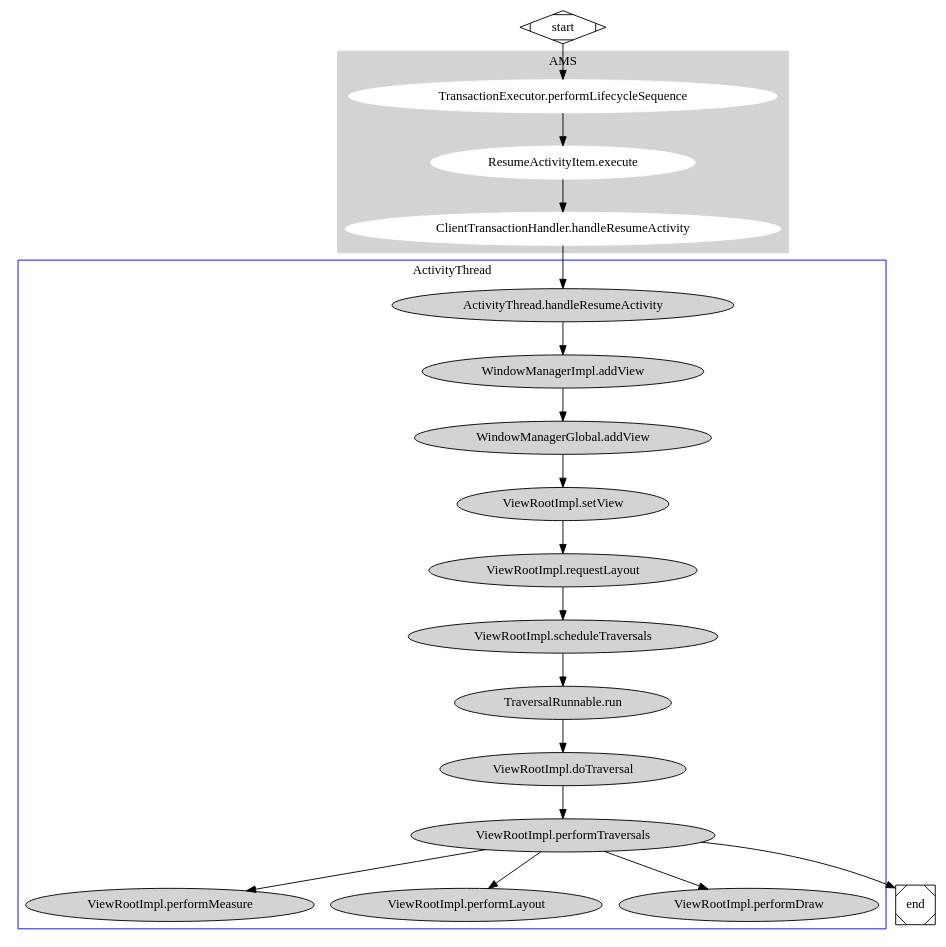
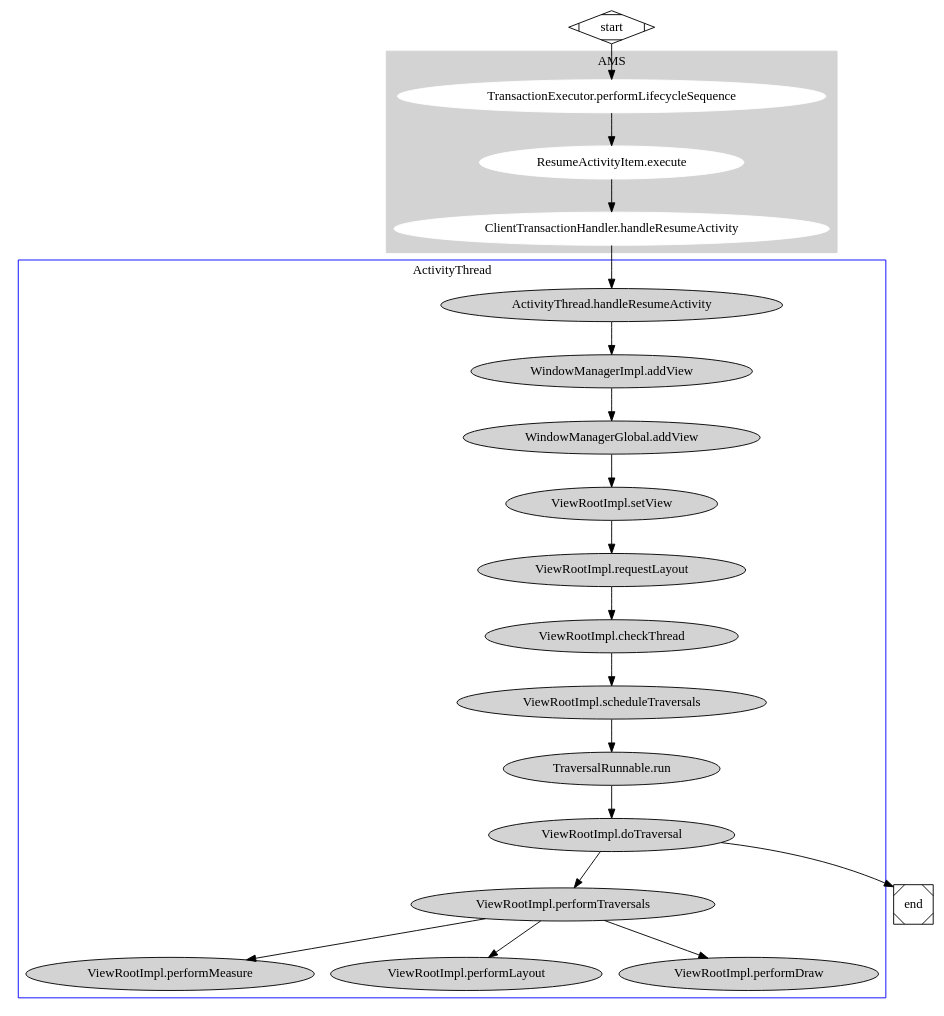
One commit to novelinux/android changed the diagram in app/view/view_draw.dot. Above: the diagram before and after it, drawn with Graphviz. The commit also changed 1 other file, not shown here.

Commit message:
view: add view draw steps.

```diff
--- a/app/view/view_draw.dot
+++ b/app/view/view_draw.dot
@@ -1,45 +1,46 @@
 digraph G {
   subgraph cluster0 {
     node [style=filled,color=white];
     style=filled;
     color=lightgrey;
     label = "AMS";
 
     a0[label="TransactionExecutor.performLifecycleSequence"];
     a1[label="ResumeActivityItem.execute"];
     a2[label="ClientTransactionHandler.handleResumeActivity"];
 
     a0 -> a1 -> a2;
   }
 
   subgraph cluster1 {
     node [style=filled];
     label = "ActivityThread";
     color=blue;
 
     b0[label="ActivityThread.handleResumeActivity"]
     b1[label="WindowManagerImpl.addView"]
     b2[label="WindowManagerGlobal.addView"]
     b3[label="ViewRootImpl.setView"]
     b4[label="ViewRootImpl.requestLayout"]
-    b5[label="ViewRootImpl.scheduleTraversals"]
-    b6[label="TraversalRunnable.run"]
-    b7[label="ViewRootImpl.doTraversal"]
-    b8[label="ViewRootImpl.performTraversals"]
-    b9[label="ViewRootImpl.performMeasure"]
-    b10[label="ViewRootImpl.performLayout"]
-    b11[label="ViewRootImpl.performDraw"]
+    b5[label="ViewRootImpl.checkThread"]
+    b6[label="ViewRootImpl.scheduleTraversals"]
+    b7[label="TraversalRunnable.run"]
+    b8[label="ViewRootImpl.doTraversal"]
+    b9[label="ViewRootImpl.performTraversals"]
+    b10[label="ViewRootImpl.performMeasure"]
+    b11[label="ViewRootImpl.performLayout"]
+    b12[label="ViewRootImpl.performDraw"]
 
-    b0->b1->b2->b3->b4->b5->b6->b7->b8;
-    b8->b9;
-    b8->b10;
-    b8->b11;
+    b0->b1->b2->b3->b4->b5->b6->b7->b8->b9;
+    b9->b10;
+    b9->b11;
+    b9->b12;
   }
 
   start -> a0;
   a2 -> b0;
   b8 -> end;
 
   start [shape=Mdiamond];
   end [shape=Msquare];
 }
```
